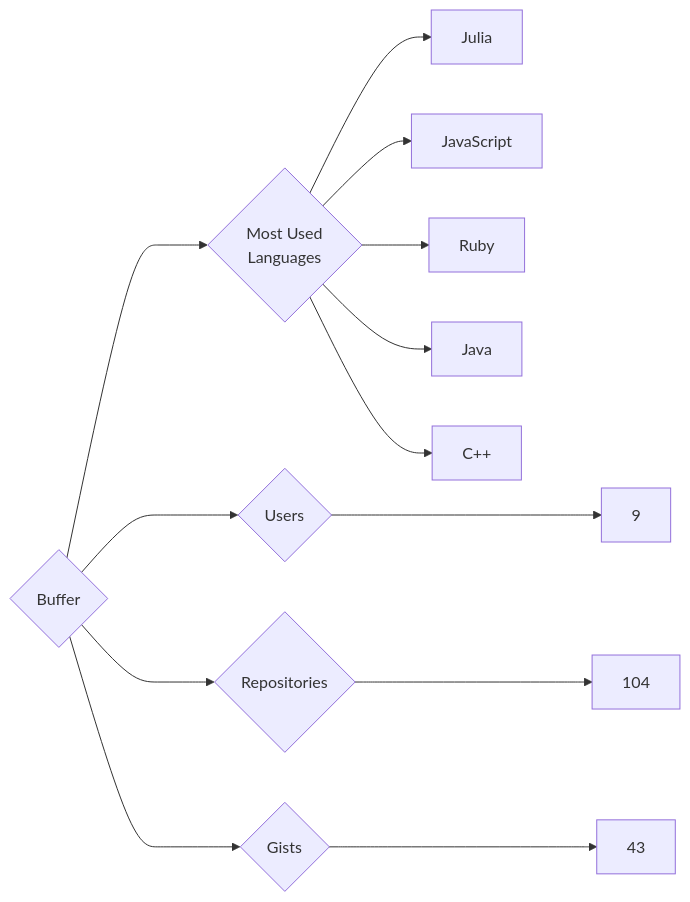
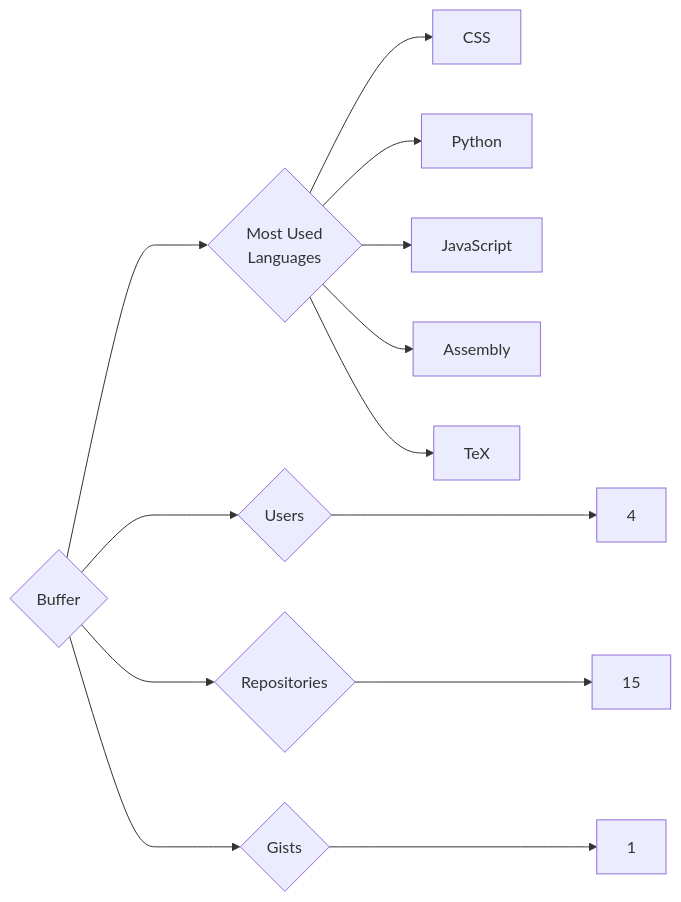
Before and after one commit to trickest/insiders: the diagram in targets/Buffer/README.md, drawn with Mermaid. The commit also changed 873 other files, not shown here.

````diff
--- a/targets/Buffer/README.md
+++ b/targets/Buffer/README.md
@@ -3,13 +3,13 @@
 ```mermaid
 graph LR
 COMPANY_NAME{Buffer}
-COMPANY_NAME ---> U{Users} ---> UN[9]
-COMPANY_NAME ---> R{Repositories} ---> RN[104]
-COMPANY_NAME ---> G{Gists} ---> GN[43]
+COMPANY_NAME ---> U{Users} ---> UN[4]
+COMPANY_NAME ---> R{Repositories} ---> RN[15]
+COMPANY_NAME ---> G{Gists} ---> GN[1]
 COMPANY_NAME ---> ML{Most Used<br>Languages}
-ML --> Julia[Julia]
+ML --> CSS[CSS]
+ML --> Python[Python]
 ML --> JavaScript[JavaScript]
-ML --> Ruby[Ruby]
-ML --> Java[Java]
-ML --> C++[C++]
+ML --> Assembly[Assembly]
+ML --> TeX[TeX]
 ```
````
